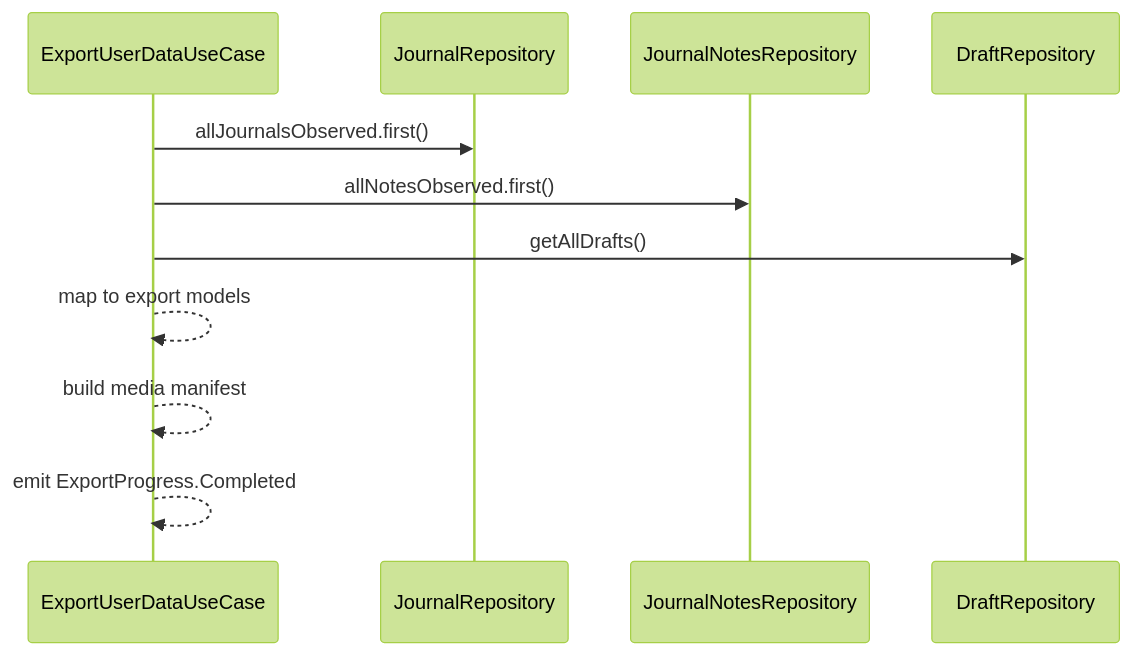
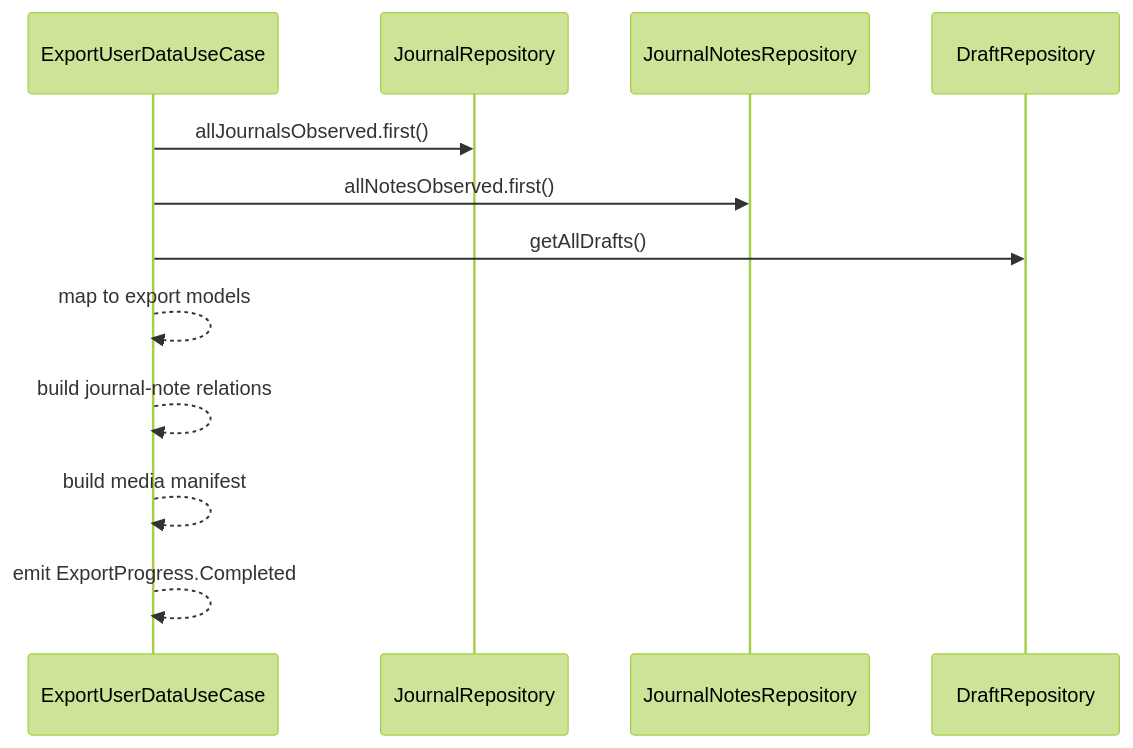
The third of 3 diagrams in docs/backup-sync-architecture.md (WillieCubed/logdate-mobile), drawn with Mermaid (forest theme) before and after one commit. The commit also changed other lines of this file, not shown here.

First line of the commit message:
docs(backup-sync): document journal-note association export and media sync todo

````diff
--- a/docs/backup-sync-architecture.md
+++ b/docs/backup-sync-architecture.md
@@ -104,14 +104,15 @@
 ```mermaid
 sequenceDiagram
     participant Export as ExportUserDataUseCase
     participant Journals as JournalRepository
     participant Notes as JournalNotesRepository
     participant Drafts as DraftRepository
 
     Export->>Journals: allJournalsObserved.first()
     Export->>Notes: allNotesObserved.first()
     Export->>Drafts: getAllDrafts()
     Export-->>Export: map to export models
+    Export-->>Export: build journal-note relations
     Export-->>Export: build media manifest
     Export-->>Export: emit ExportProgress.Completed
 ```
````
